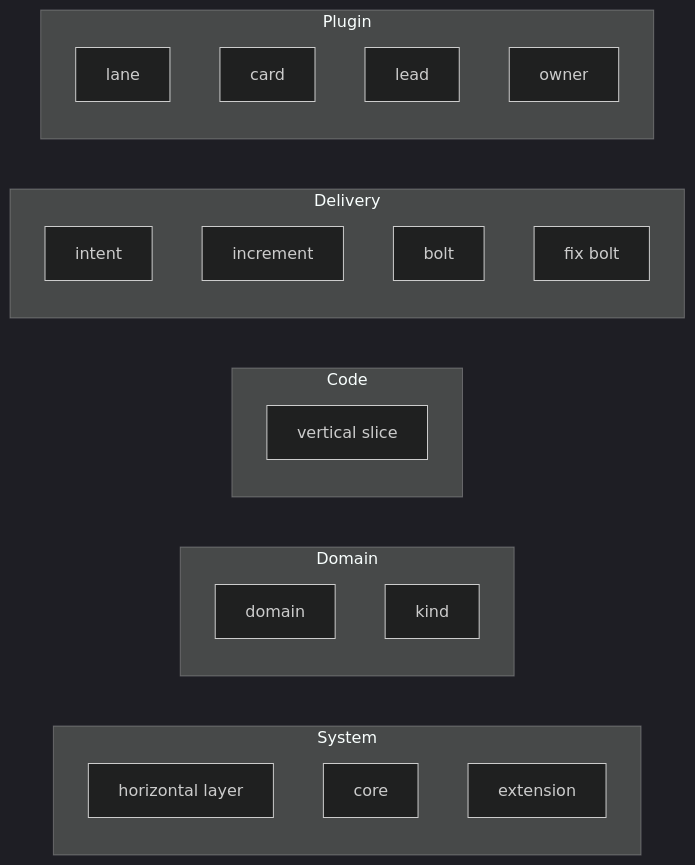
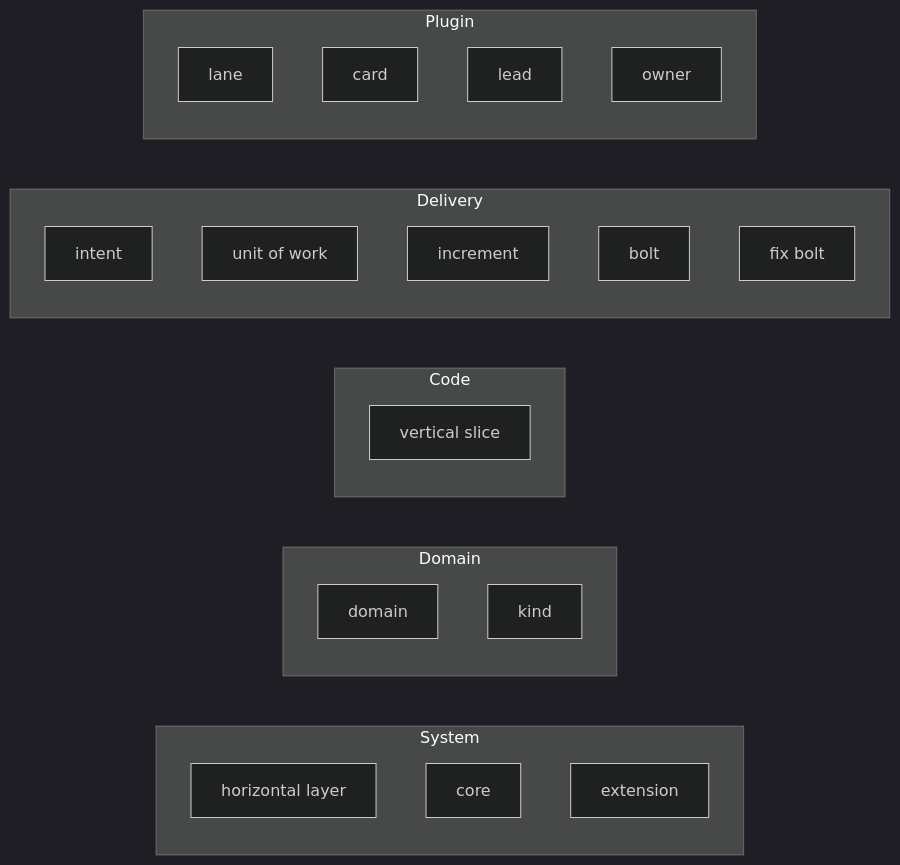
One commit to Scrollout/aidlc-team-plugin changed the diagram in docs/design/diagrams/canonical-model.md. Above: the diagram before and after it, drawn with Mermaid (dark theme). The commit also changed 16 other files, not shown here.

````diff
--- a/docs/design/diagrams/canonical-model.md
+++ b/docs/design/diagrams/canonical-model.md
@@ -9,27 +9,28 @@
 ```mermaid
 flowchart LR
   subgraph System["System"]
     System_horizontal_layer["horizontal layer"]
     System_core["core"]
     System_extension["extension"]
   end
   subgraph Domain["Domain"]
     Domain_domain["domain"]
     Domain_kind["kind"]
   end
   subgraph Code["Code"]
     Code_vertical_slice["vertical slice"]
   end
   subgraph Delivery["Delivery"]
     Delivery_intent["intent"]
+    Delivery_unit_of_work["unit of work"]
     Delivery_increment["increment"]
     Delivery_bolt["bolt"]
     Delivery_fix_bolt["fix bolt"]
   end
   subgraph Plugin["Plugin"]
     Plugin_lane["lane"]
     Plugin_card["card"]
     Plugin_lead["lead"]
     Plugin_owner["owner"]
   end
 ```
````
